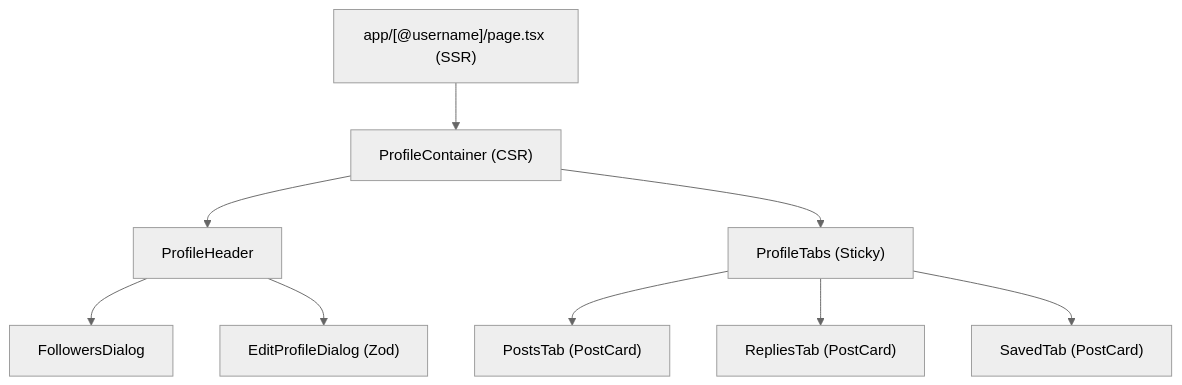
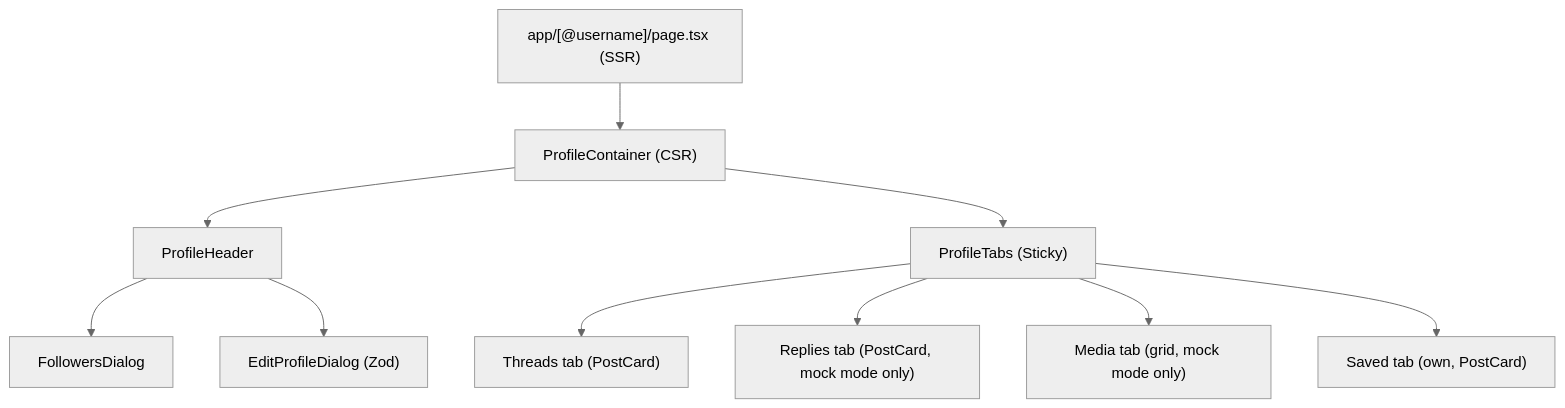
One commit to thatweirdbush/YSocial changed the diagram in .context/features/user-profile-and-relations.md. Above: the diagram before and after it, drawn with Mermaid (neutral theme). The commit also changed other lines of this file and 8 other files, not shown here.

````diff
--- a/.context/features/user-profile-and-relations.md
+++ b/.context/features/user-profile-and-relations.md
@@ -14,14 +14,15 @@
 ```mermaid
 graph TD
     Page["app/[@username]/page.tsx (SSR)"] --> Container["ProfileContainer (CSR)"]
     Container --> Header["ProfileHeader"]
     Container --> Tabs["ProfileTabs (Sticky)"]
 
     Header --> FollowsDialog["FollowersDialog"]
     Header --> EditDialog["EditProfileDialog (Zod)"]
 
-    Tabs --> FeedPosts["PostsTab (PostCard)"]
-    Tabs --> FeedReplies["RepliesTab (PostCard)"]
-    Tabs --> FeedSaved["SavedTab (PostCard)"]
+    Tabs --> FeedPosts["Threads tab (PostCard)"]
+    Tabs --> FeedReplies["Replies tab (PostCard, mock mode only)"]
+    Tabs --> FeedMedia["Media tab (grid, mock mode only)"]
+    Tabs --> FeedSaved["Saved tab (own, PostCard)"]
 
 ```
````
